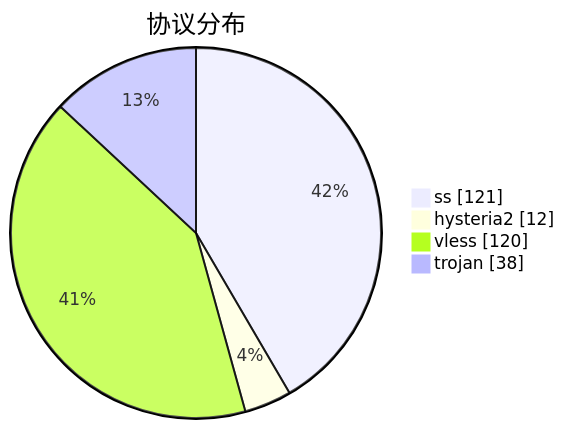
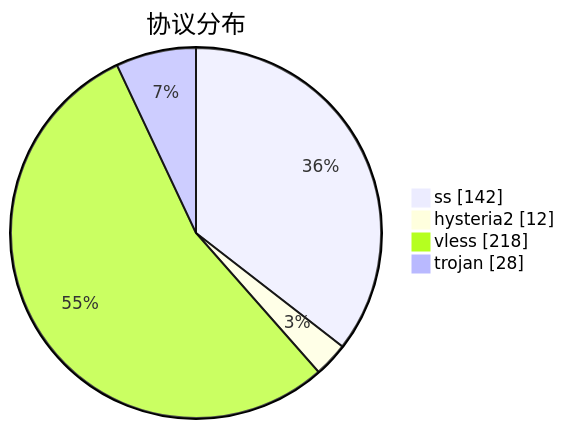
Before and after one commit to qjlxg/airport: the third of 3 diagrams in subs/statistics/tested_within.md, drawn with Mermaid. The commit also changed other lines of this file and 2 other files, not shown here.

````diff
--- a/subs/statistics/tested_within.md
+++ b/subs/statistics/tested_within.md
@@ -18,8 +18,8 @@
 ```mermaid
 pie showData
 title 协议分布
-"ss" : 121
+"ss" : 142
 "hysteria2" : 12
-"vless" : 120
-"trojan" : 38
+"vless" : 218
+"trojan" : 28
 ```
````
